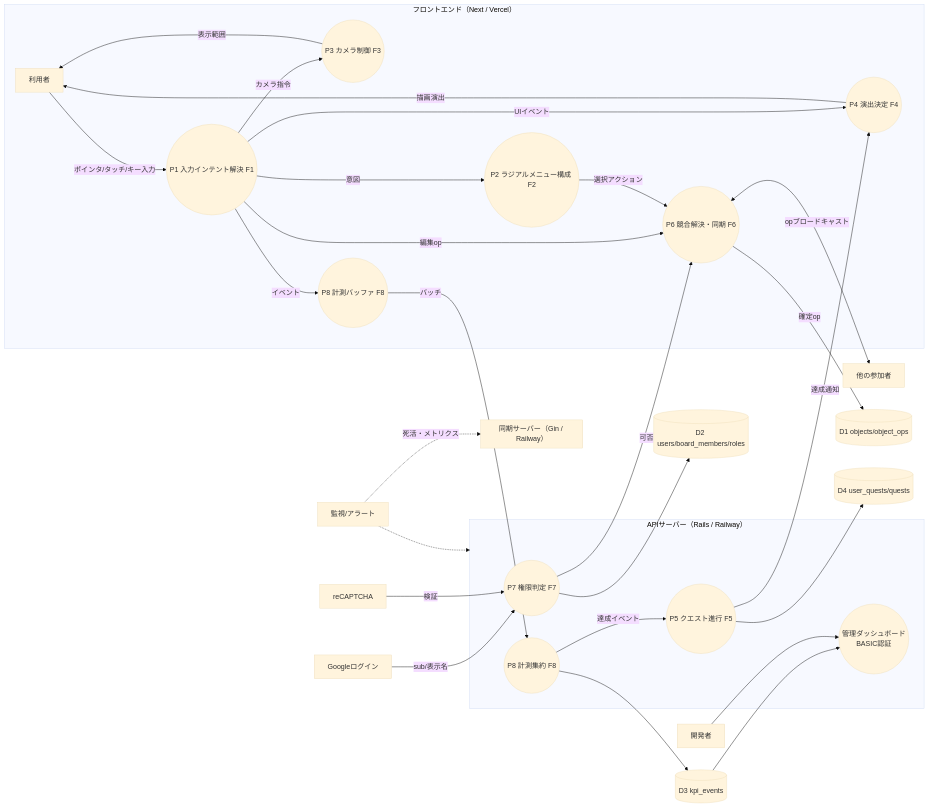
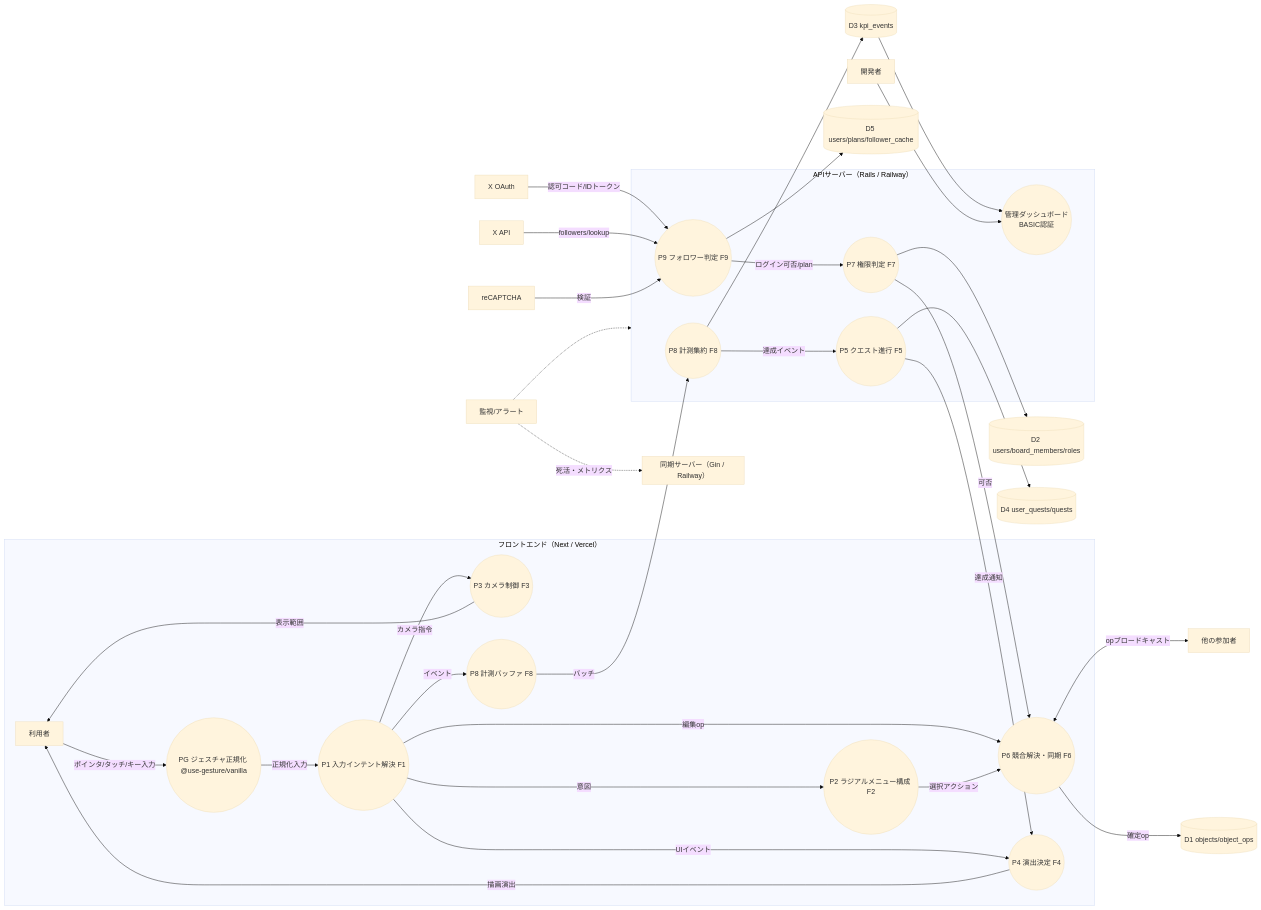
The second of 11 diagrams in questboard_design_document.md (rictaworks/questboard), drawn with Mermaid (base theme) before and after one commit. The commit also changed other lines of this file, not shown here.

````diff
--- a/questboard_design_document.md
+++ b/questboard_design_document.md
@@ -259,36 +283,41 @@
 ```mermaid
 flowchart LR
-    U[利用者] -->|"ポインタ/タッチ/キー入力"| P1
+    U[利用者] -->|"ポインタ/タッチ/キー入力"| PG
     subgraph FRONT["フロントエンド（Next / Vercel）"]
-        P1(("P1 入力インテント解決 F1")) -->|意図| P2(("P2 ラジアルメニュー構成 F2"))
+        PG(("PG ジェスチャ正規化 @use-gesture/vanilla")) -->|正規化入力| P1(("P1 入力インテント解決 F1"))
+        P1 -->|意図| P2(("P2 ラジアルメニュー構成 F2"))
         P1 -->|カメラ指令| P3(("P3 カメラ制御 F3"))
         P1 -->|編集op| P6
         P2 -->|選択アクション| P6
         P1 -->|UIイベント| P4(("P4 演出決定 F4"))
         P4 -->|描画演出| U
         P3 -->|表示範囲| U
         P8f(("P8 計測バッファ F8"))
     end
     subgraph SYNC["同期サーバー（Gin / Railway）"]
         P6(("P6 競合解決・同期 F6"))
     end
     subgraph API["APIサーバー（Rails / Railway）"]
+        P9(("P9 フォロワー判定 F9"))
         P7(("P7 権限判定 F7"))
         P5(("P5 クエスト進行 F5"))
         P8(("P8 計測集約 F8"))
         ADM(("管理ダッシュボード<br/>BASIC認証"))
     end
-    G[Googleログイン] -->|"sub/表示名"| P7
-    RC[reCAPTCHA] -->|検証| P7
+    X["X OAuth"] -->|"認可コード/IDトークン"| P9
+    XAPI["X API"] -->|"followers/lookup"| P9
+    RC[reCAPTCHA] -->|検証| P9
+    P9 -->|ログイン可否/plan| P7
+    P9 --> D5[(D5 users/plans/follower_cache)]
     P6 <-->|"opブロードキャスト"| OTHERS[他の参加者]
     P6 -->|確定op| D1[(D1 objects/object_ops)]
     P7 -->|可否| P6
     P7 --> D2[(D2 users/board_members/roles)]
     P1 -->|イベント| P8f -->|バッチ| P8 --> D3[(D3 kpi_events)]
     P8 -->|達成イベント| P5 --> D4[(D4 user_quests/quests)]
     P5 -->|達成通知| P4
     D3 --> ADM
     MON[監視/アラート] -.->|死活・メトリクス| SYNC
     MON -.-> API
     DEV[開発者] --> ADM
 ```
````
